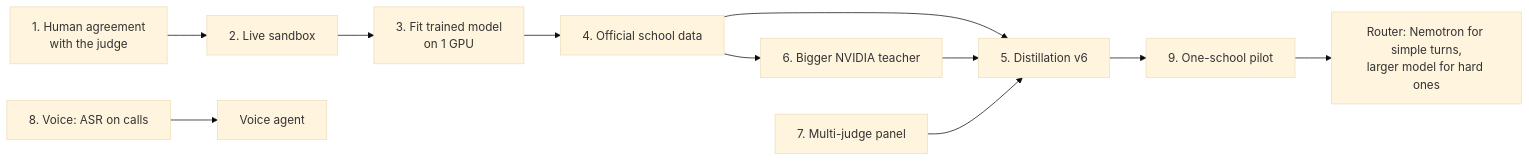
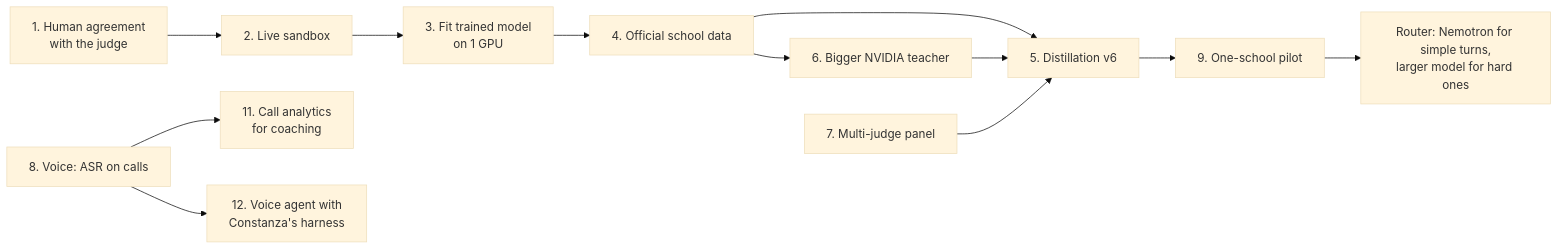
One commit to victorgalloo/superleads-ai-aws-nvidia changed the diagram in docs/en/roadmap-and-credits-ask.md. Above: the diagram before and after it, drawn with Mermaid (base theme). The commit also changed other lines of this file and 11 other files, not shown here.

Commit message:
Narrative: lead with SuperLeads mission and growth with AWS; Constanza and calls (EN+ES)

````diff
--- a/docs/en/roadmap-and-credits-ask.md
+++ b/docs/en/roadmap-and-credits-ask.md
@@ -13,13 +31,14 @@
 ```mermaid
 flowchart LR
   A[1. Human agreement<br/>with the judge] --> B[2. Live sandbox]
   B --> C[3. Fit trained model<br/>on 1 GPU]
   C --> D[4. Official school data]
   D --> E[5. Distillation v6]
   E --> F[9. One-school pilot]
   D --> G[6. Bigger NVIDIA teacher]
   G --> E
   H[7. Multi-judge panel] --> E
-  I[8. Voice: ASR on calls] --> J[Voice agent]
+  I[8. Voice: ASR on calls] --> L[11. Call analytics<br/>for coaching]
+  I --> J[12. Voice agent with<br/>Constanza's harness]
   F --> K[Router: Nemotron for simple turns,<br/>larger model for hard ones]
 ```
````
